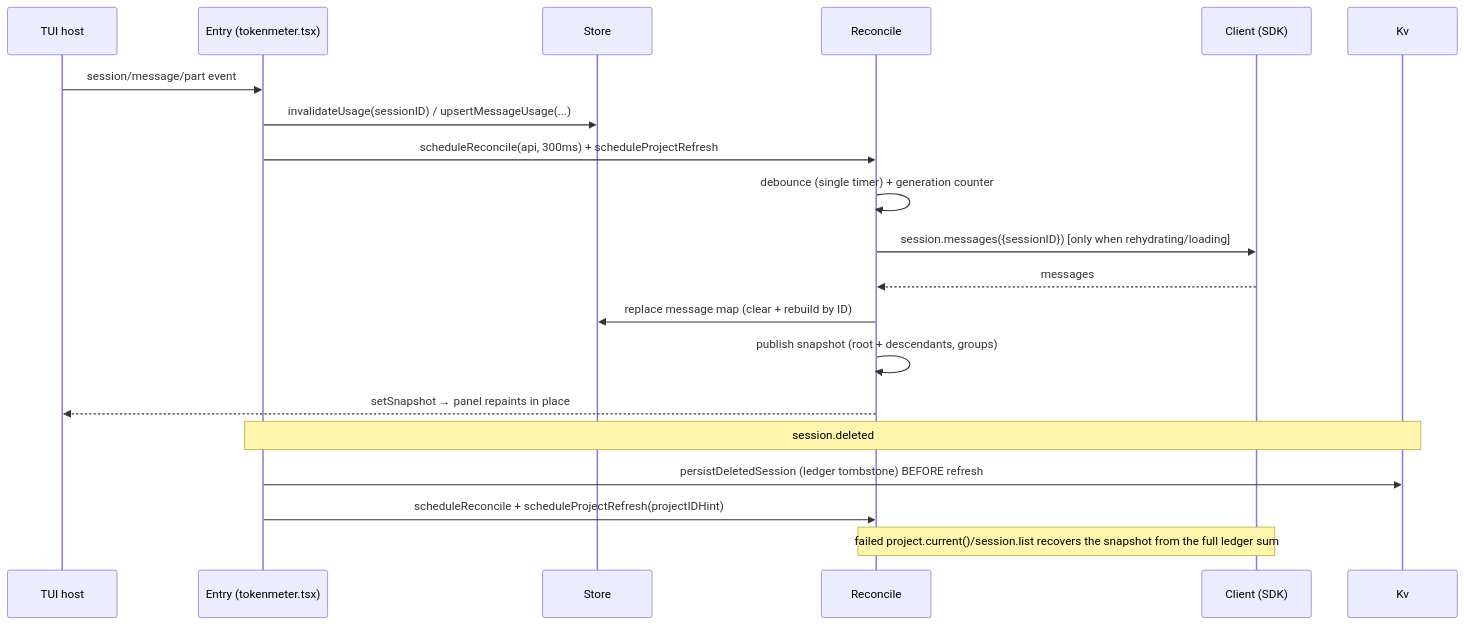
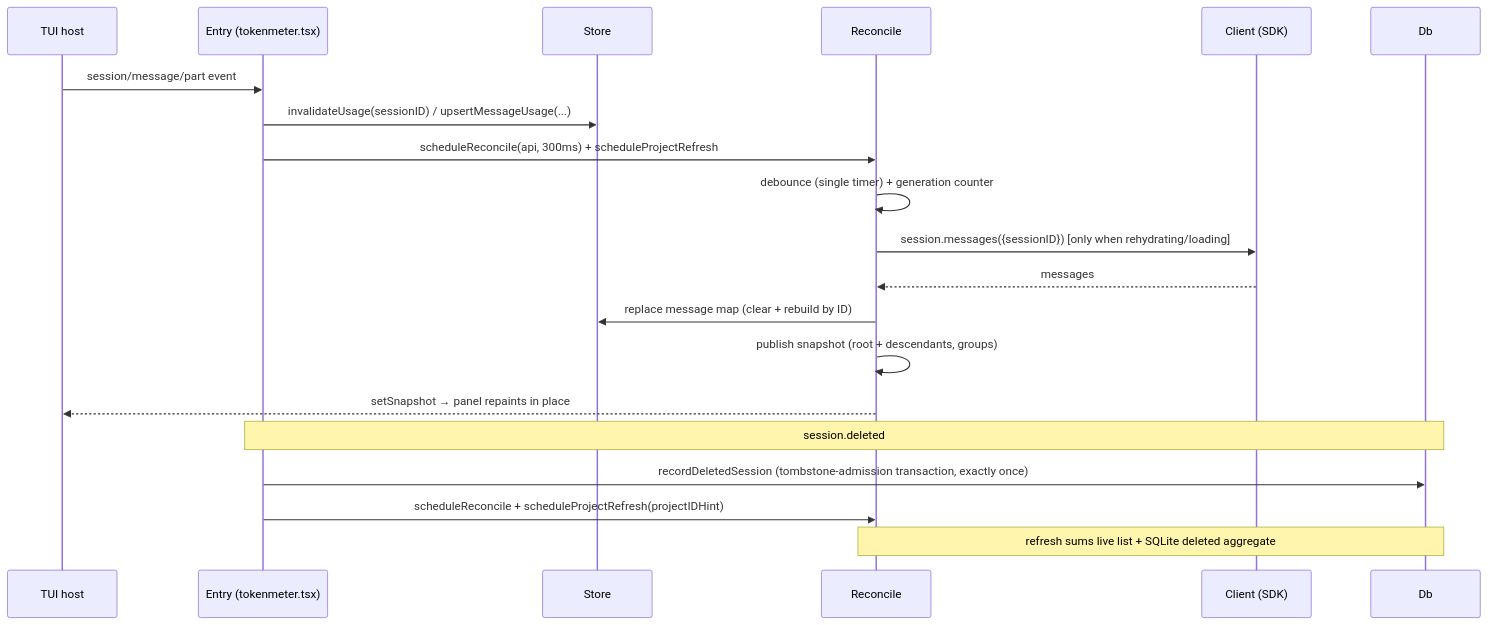
One commit to jonasotoaguilar/opencode-tokenmeter changed the second of 3 diagrams in ARCHITECTURE.md. Above: the diagram before and after it, drawn with Mermaid. The commit also changed other lines of this file and 5 other files, not shown here.

Commit message:
docs: align project guides with SQLite persistence and OIDC release

````diff
--- a/ARCHITECTURE.md
+++ b/ARCHITECTURE.md
@@ -67,23 +67,23 @@
 ```mermaid
 sequenceDiagram
     participant H as TUI host
     participant E as Entry (tokenmeter.tsx)
     participant S as Store
     participant R as Reconcile
     participant C as Client (SDK)
 
     H->>E: session/message/part event
     E->>S: invalidateUsage(sessionID) / upsertMessageUsage(...)
     E->>R: scheduleReconcile(api, 300ms) + scheduleProjectRefresh
     R->>R: debounce (single timer) + generation counter
     R->>C: session.messages({sessionID}) [only when rehydrating/loading]
     C-->>R: messages
     R->>S: replace message map (clear + rebuild by ID)
     R->>R: publish snapshot (root + descendants, groups)
     R-->>H: setSnapshot → panel repaints in place
 
-    Note over E,Kv: session.deleted
-    E->>Kv: persistDeletedSession (ledger tombstone) BEFORE refresh
+    Note over E,Db: session.deleted
+    E->>Db: recordDeletedSession (tombstone-admission transaction, exactly once)
     E->>R: scheduleReconcile + scheduleProjectRefresh(projectIDHint)
-    Note over R,C: failed project.current()/session.list recovers the snapshot from the full ledger sum
+    Note over R,Db: refresh sums live list + SQLite deleted aggregate
 ```
````
